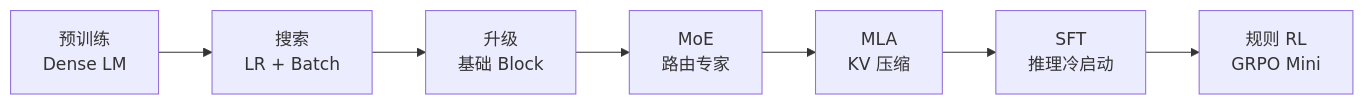
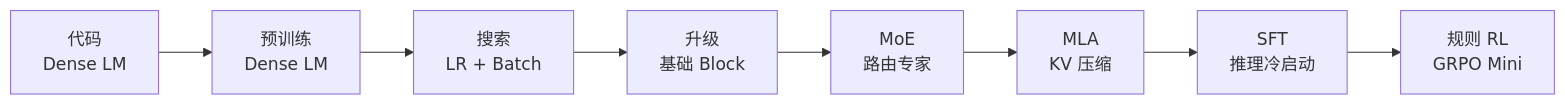
One commit to legend91019/TinySeek-Lab changed the diagram in docs/zh/README.md. Above: the diagram before and after it, drawn with Mermaid. The commit also changed other lines of this file and 8 other files, not shown here.

````diff
--- a/docs/zh/README.md
+++ b/docs/zh/README.md
@@ -29,9 +30,10 @@
 ```mermaid
 flowchart LR
-  P["预训练<br/>Dense LM"] --> S["搜索<br/>LR + Batch"]
+  C["代码<br/>Dense LM"] --> P["预训练<br/>Dense LM"]
+  P --> S["搜索<br/>LR + Batch"]
   S --> U["升级<br/>基础 Block"]
   U --> M["MoE<br/>路由专家"]
   M --> A["MLA<br/>KV 压缩"]
   A --> F["SFT<br/>推理冷启动"]
   F --> R["规则 RL<br/>GRPO Mini"]
 ```
````
